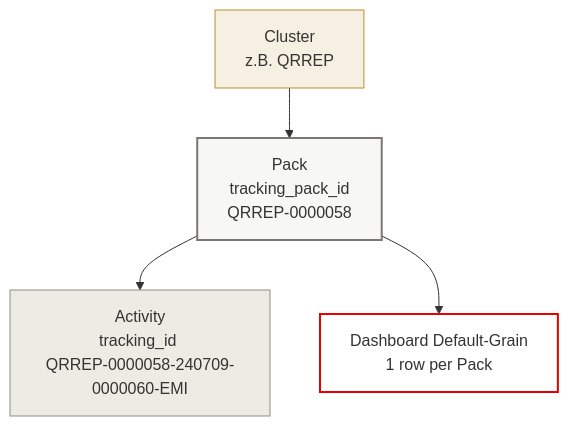
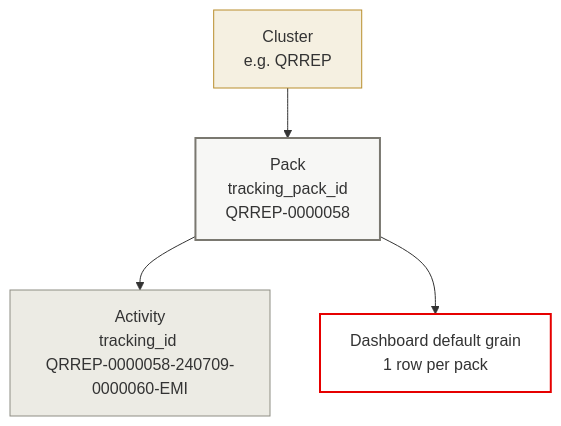
The sixth of 7 diagrams in docs/architecture_diagram.md (dallmi/Databricks), drawn with Mermaid before and after one commit. The commit also changed other lines of this file and 55 other files, not shown here.

````diff
--- a/docs/architecture_diagram.md
+++ b/docs/architecture_diagram.md
@@ -296,21 +296,21 @@
 ```mermaid
 flowchart TD
-    CL[Cluster<br/>z.B. QRREP]
+    CL[Cluster<br/>e.g. QRREP]
     PA[Pack<br/>tracking_pack_id<br/>QRREP-0000058]
     AC[Activity<br/>tracking_id <br/>QRREP-0000058-240709-0000060-EMI]
 
     CL --> PA
     PA --> AC
 
-    D1[Dashboard Default-Grain<br/>1 row per Pack]
+    D1[Dashboard default grain<br/>1 row per pack]
     PA --> D1
 
     classDef lvl1 fill:#F5F0E1,stroke:#B98E2C;
     classDef lvl2 fill:#F7F7F5,stroke:#7A7870,stroke-width:2px;
     classDef lvl3 fill:#ECEBE4,stroke:#8E8D83;
     classDef dash fill:#FFFFFF,stroke:#E60000,stroke-width:2px;
     class CL lvl1;
     class PA lvl2;
     class AC lvl3;
     class D1 dash;
 ```
````
